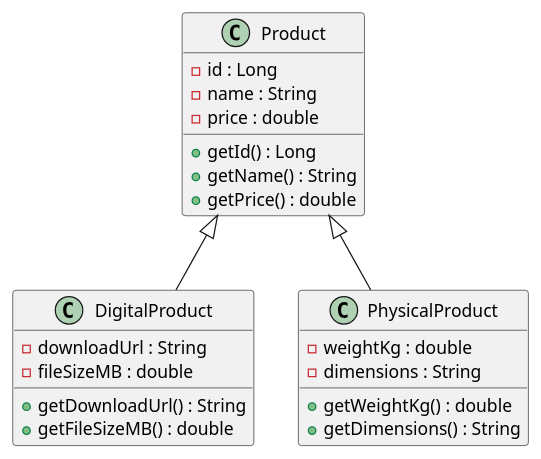
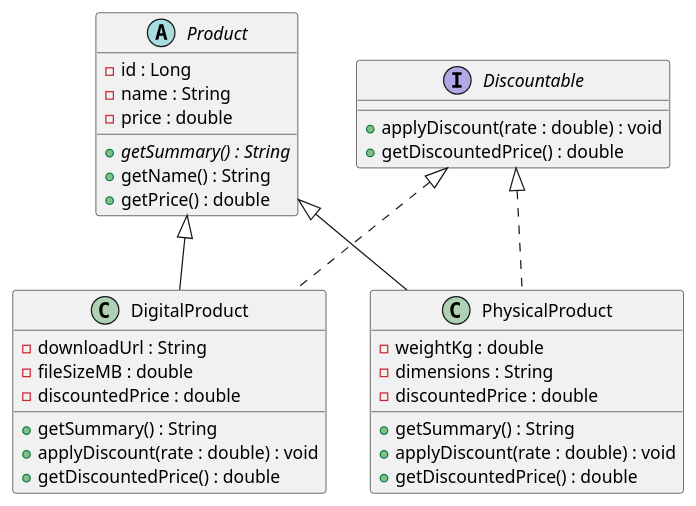
The diagram in docs/uml/product-hierarchy.puml (w2178727/products-api), drawn with PlantUML before and after one commit. The commit also changed 6 other files, not shown here.

Commit message:
Tutorial 5: polymorphism - getSummary override and Discountable interface

```diff
--- a/docs/uml/product-hierarchy.puml
+++ b/docs/uml/product-hierarchy.puml
@@ -1,28 +1,41 @@
 @startuml
-class Product {
+abstract class Product {
   - id : Long
   - name : String
   - price : double
-  + getId() : Long
+  + {abstract} getSummary() : String
   + getName() : String
   + getPrice() : double
+}
+
+interface Discountable {
+  + applyDiscount(rate : double) : void
+  + getDiscountedPrice() : double
 }
 
 class DigitalProduct {
   - downloadUrl : String
   - fileSizeMB : double
-  + getDownloadUrl() : String
-  + getFileSizeMB() : double
+  - discountedPrice : double
+  + getSummary() : String
+  + applyDiscount(rate : double) : void
+  + getDiscountedPrice() : double
 }
 
 class PhysicalProduct {
   - weightKg : double
   - dimensions : String
-  + getWeightKg() : double
-  + getDimensions() : String
+  - discountedPrice : double
+  + getSummary() : String
+  + applyDiscount(rate : double) : void
+  + getDiscountedPrice() : double
 }
 
-' <|-- is the inheritance arrow. The PARENT goes on the left.
+' <|-- extends (solid line)
 Product <|-- DigitalProduct
 Product <|-- PhysicalProduct
+
+' <|.. implements (dashed line)
+Discountable <|.. DigitalProduct
+Discountable <|.. PhysicalProduct
 @enduml
```
